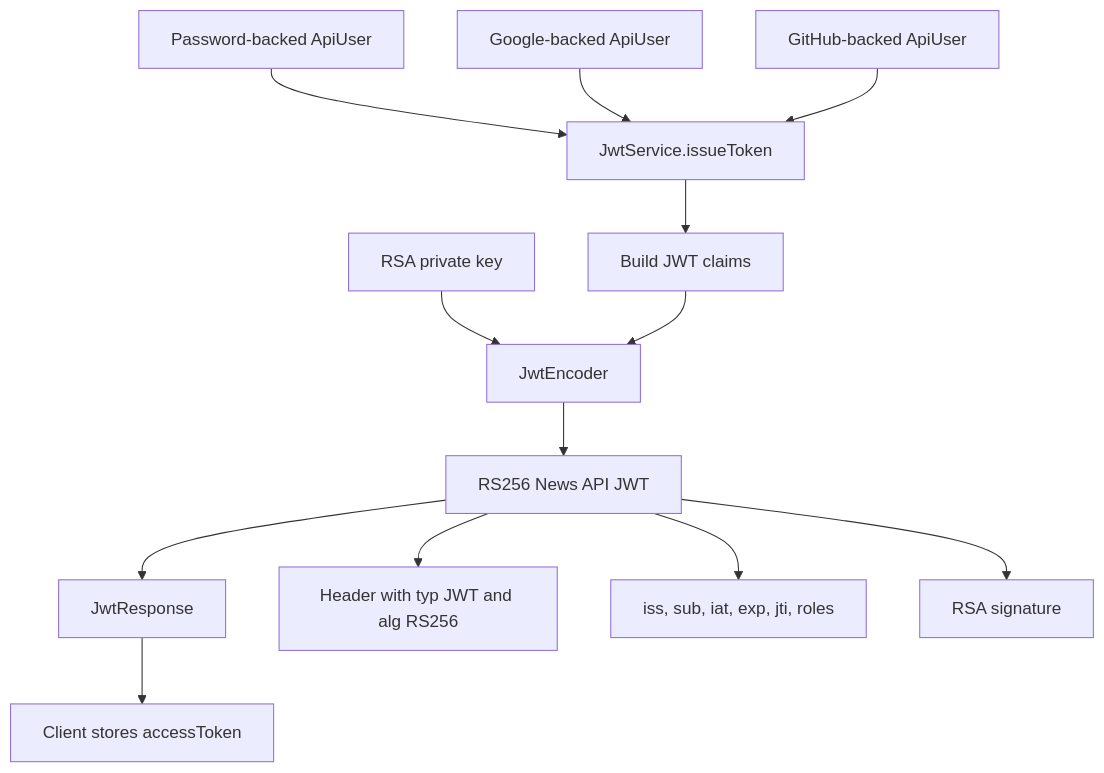
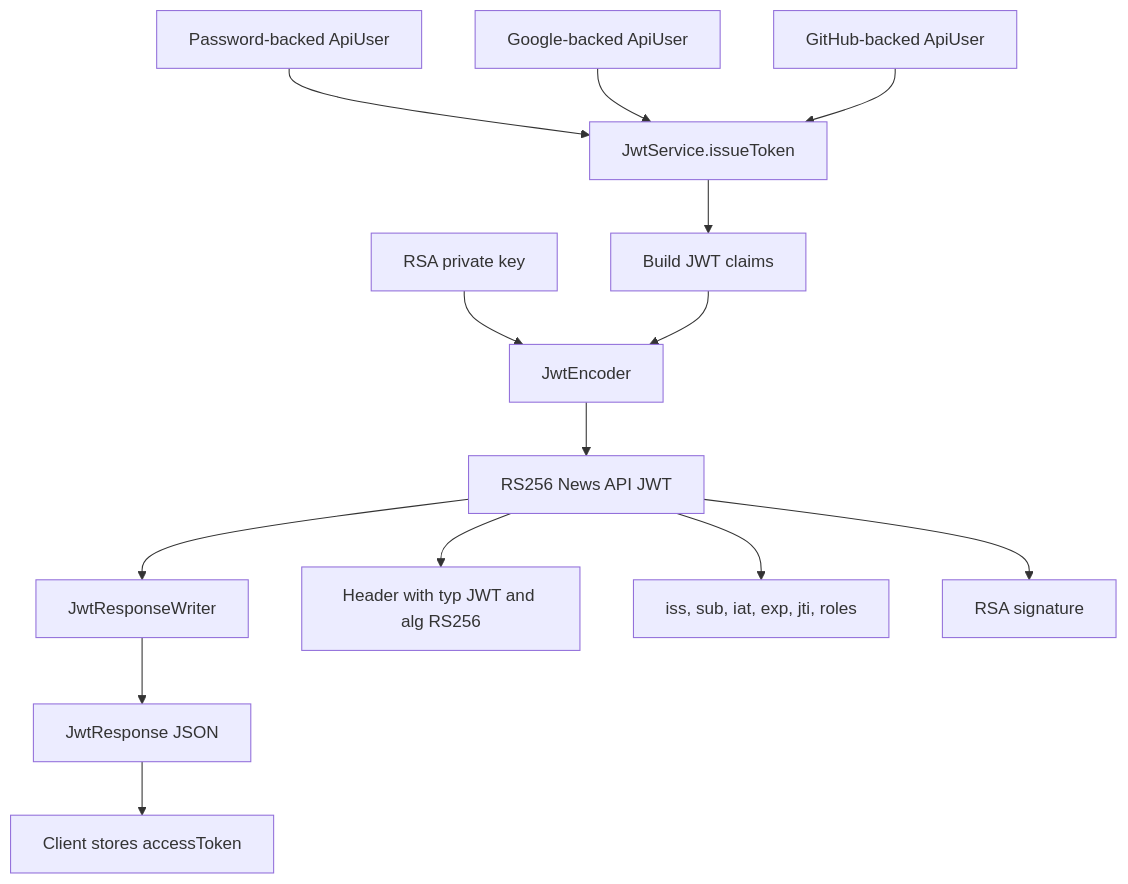
One commit to predat-r/news-api changed the seventh of 8 diagrams in docs/authentication-flow.md. Above: the diagram before and after it, drawn with Mermaid. The commit also changed other lines of this file and 4 other files, not shown here.

Commit message:
refactor(auth): centralize JWT response writing

````diff
--- a/docs/authentication-flow.md
+++ b/docs/authentication-flow.md
@@ -403,16 +413,17 @@
 ```mermaid
 flowchart TD
     LocalUser[Password-backed ApiUser] --> Issue[JwtService.issueToken]
     GoogleUser[Google-backed ApiUser] --> Issue
     GitHubUser[GitHub-backed ApiUser] --> Issue
     Issue --> Claims[Build JWT claims]
     PrivateKey[RSA private key] --> Encoder[JwtEncoder]
     Claims --> Encoder
     Encoder --> Token[RS256 News API JWT]
-    Token --> Response[JwtResponse]
+    Token --> Writer[JwtResponseWriter]
+    Writer --> Response[JwtResponse JSON]
     Response --> Client[Client stores accessToken]
 
     Token --> Header[Header with typ JWT and alg RS256]
     Token --> Payload[iss, sub, iat, exp, jti, roles]
     Token --> Signature[RSA signature]
 ```
````
